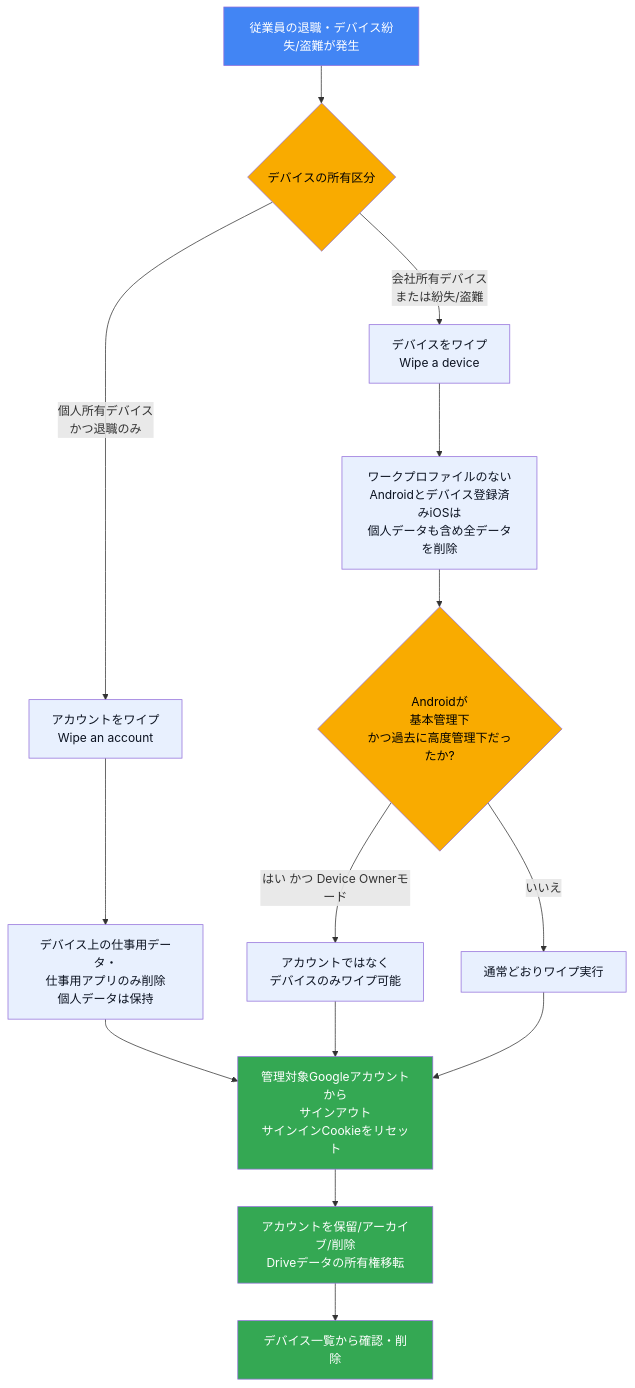
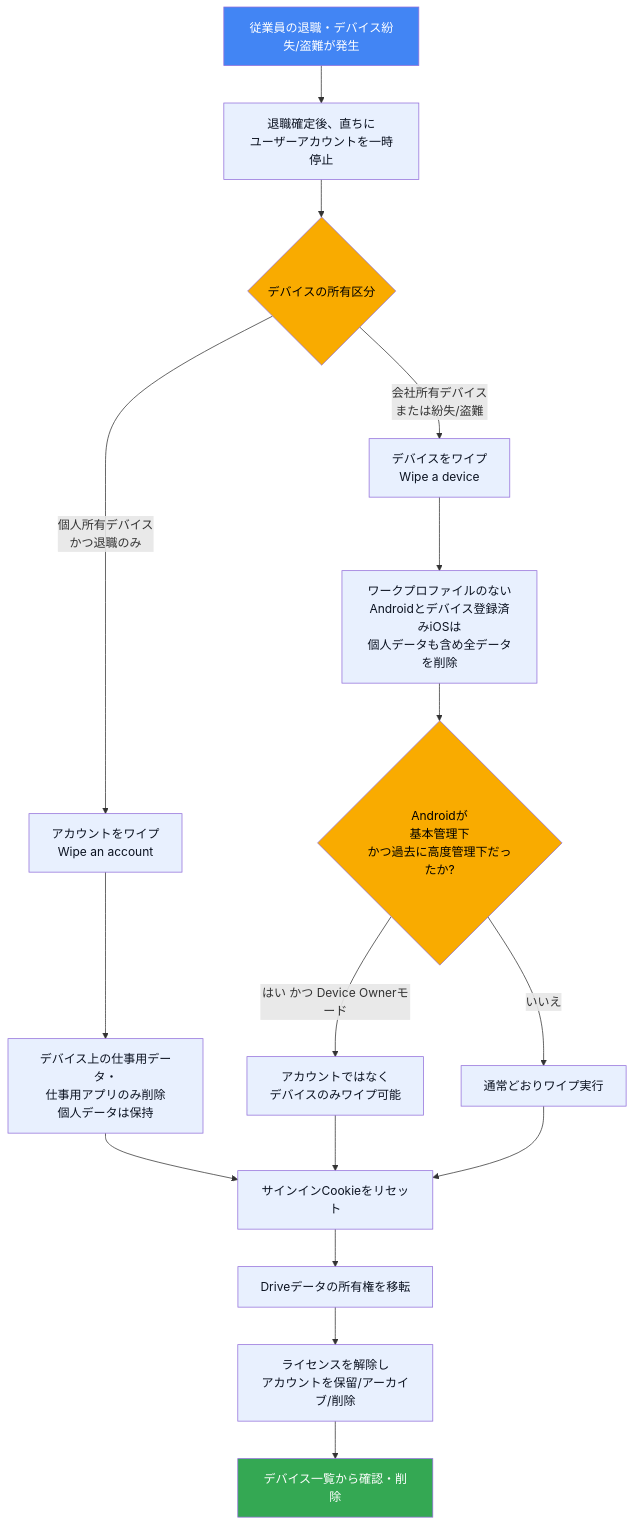
The sixth of 10 diagrams in Agwa-s5-browsers-endpoints.md (myoshi2891/Cloud-Infrastructure-Studies), drawn with Mermaid before and after one commit. The commit also changed other lines of this file, not shown here.

````diff
--- a/Agwa-s5-browsers-endpoints.md
+++ b/Agwa-s5-browsers-endpoints.md
@@ -279,29 +280,31 @@
 ```mermaid
 flowchart TD
-    A["従業員の退職・デバイス紛失/盗難が発生"] --> B{"デバイスの所有区分"}
+    A["従業員の退職・デバイス紛失/盗難が発生"] --> S["退職確定後、直ちに<br/>ユーザーアカウントを一時停止"]
+    S --> B{"デバイスの所有区分"}
     B -->|"会社所有デバイス<br/>または紛失/盗難"| C["デバイスをワイプ<br/>Wipe a device"]
     B -->|"個人所有デバイス<br/>かつ退職のみ"| D["アカウントをワイプ<br/>Wipe an account"]
 
     C --> C1["ワークプロファイルのない<br/>Androidとデバイス登録済みiOSは<br/>個人データも含め全データを削除"]
     D --> D1["デバイス上の仕事用データ・<br/>仕事用アプリのみ削除<br/>個人データは保持"]
 
     C1 --> E{"Androidが<br/>基本管理下<br/>かつ過去に高度管理下だったか?"}
     E -->|"はい かつ Device Ownerモード"| F["アカウントではなく<br/>デバイスのみワイプ可能"]
     E -->|"いいえ"| G["通常どおりワイプ実行"]
 
-    D1 --> H["管理対象Googleアカウントから<br/>サインアウト<br/>サインインCookieをリセット"]
+    D1 --> H["サインインCookieをリセット"]
     F --> H
     G --> H
 
-    H --> I["アカウントを保留/アーカイブ/削除<br/>Driveデータの所有権移転"]
-    I --> J["デバイス一覧から確認・削除"]
+    H --> I["Driveデータの所有権を移転"]
+    I --> J["ライセンスを解除し<br/>アカウントを保留/アーカイブ/削除"]
+    J --> K["デバイス一覧から確認・削除"]
 
     classDef eventFill fill:#4285f4,color:#ffffff
     classDef qFill fill:#f9ab00,color:#000000
     classDef actionFill fill:#e8f0fe,color:#0b1220
     classDef resultFill fill:#34a853,color:#ffffff
     class A eventFill
     class B,E qFill
-    class C,D,C1,D1,F,G actionFill
-    class H,I,J resultFill
+    class S,C,D,C1,D1,F,G,H,I,J actionFill
+    class K resultFill
 ```
````
